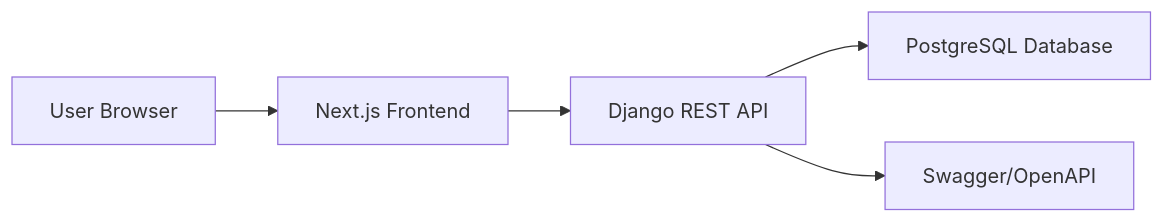
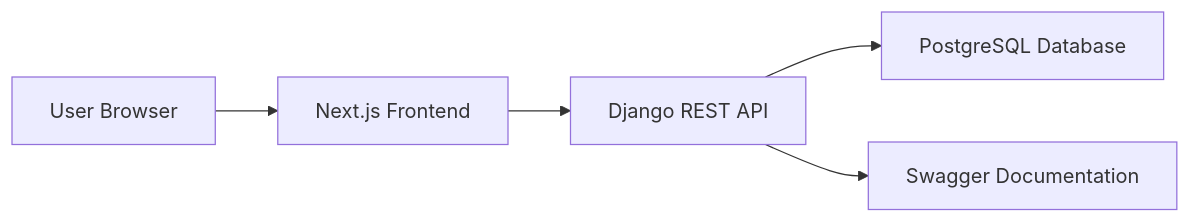
Before and after one commit to anoop-grover/spreetail-shared-expenses: the first of 5 diagrams in ARCHITECTURE.md, drawn with Mermaid. The commit also changed other lines of this file and 7 other files, not shown here.

````diff
--- a/ARCHITECTURE.md
+++ b/ARCHITECTURE.md
@@ -21,21 +28,21 @@
 ```mermaid
 flowchart LR
 
     User["User Browser"]
 
     Frontend["Next.js Frontend"]
 
     API["Django REST API"]
 
     DB["PostgreSQL Database"]
 
-    Swagger["Swagger/OpenAPI"]
+    Swagger["Swagger Documentation"]
 
     User --> Frontend
 
     Frontend --> API
 
     API --> DB
 
     API --> Swagger
 ```
````
